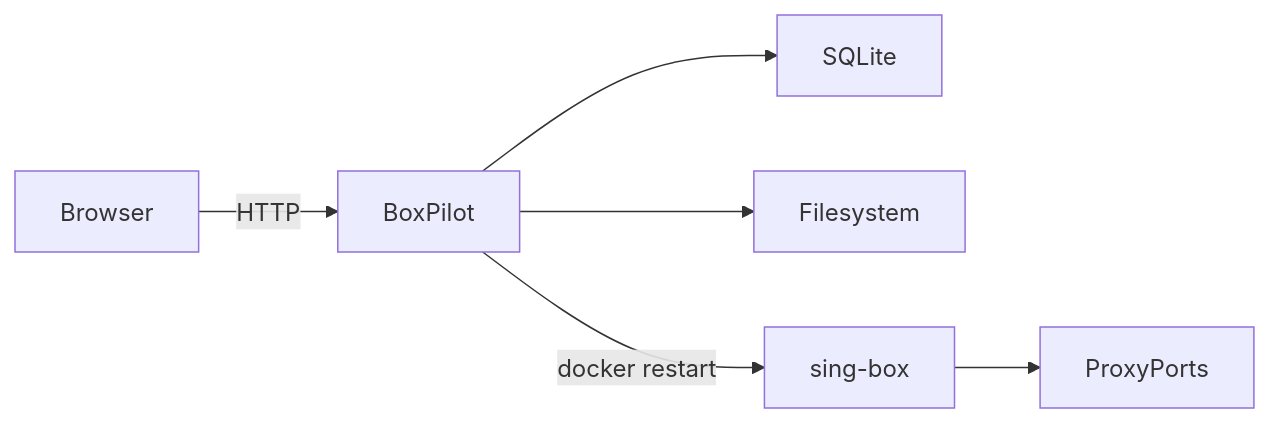
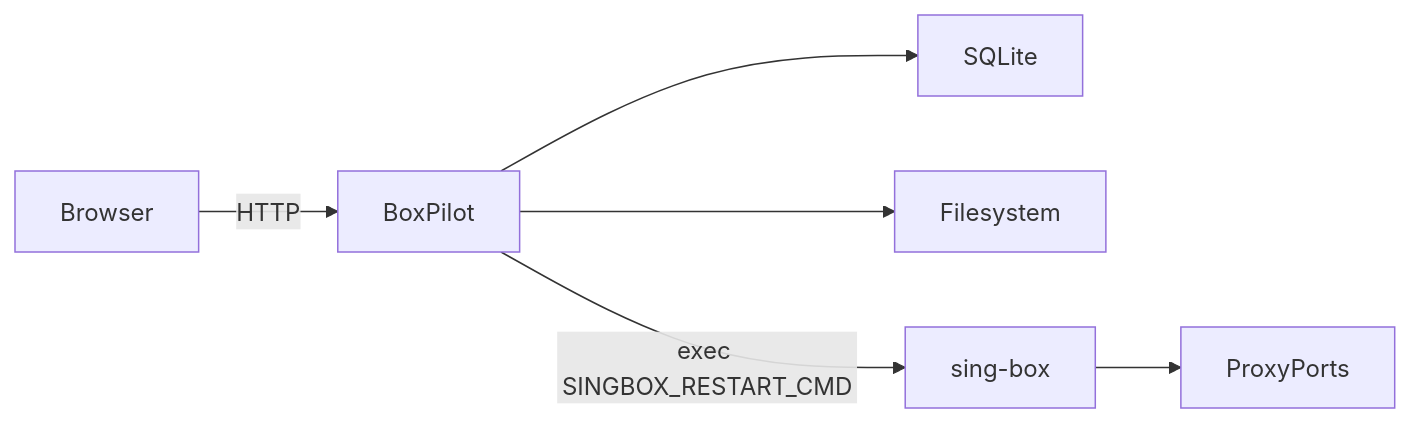
The diagram in README.md (1rten/BoxPilot), drawn with Mermaid before and after one commit. The commit also changed other lines of this file and 22 other files, not shown here.

Commit message:
refactor: transition to process mode for sing-box management

````diff
--- a/README.md
+++ b/README.md
@@ -36,8 +36,8 @@
 ```mermaid
 flowchart LR
   Browser -->|HTTP| BoxPilot
   BoxPilot --> SQLite
   BoxPilot --> Filesystem
-  BoxPilot -->|docker restart| sing-box
+  BoxPilot -->|exec SINGBOX_RESTART_CMD| sing-box
   sing-box --> ProxyPorts
 ```
````
